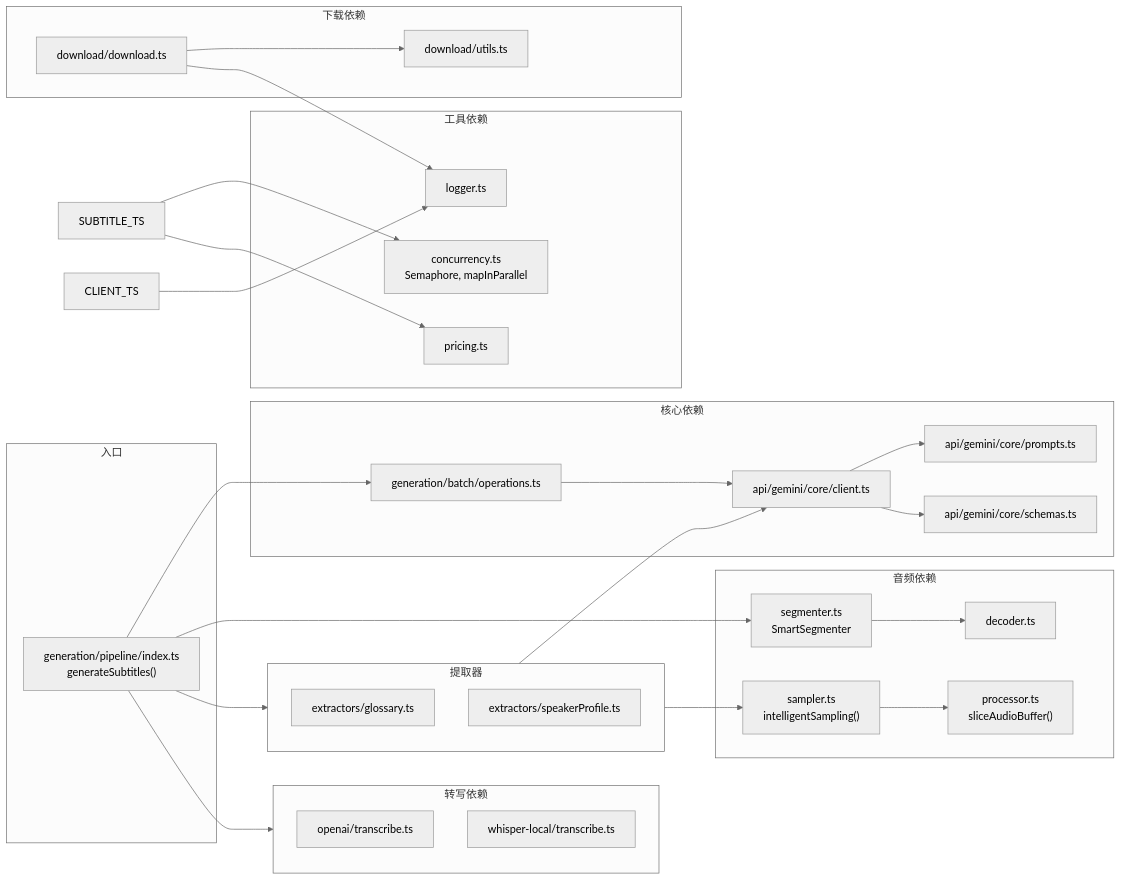
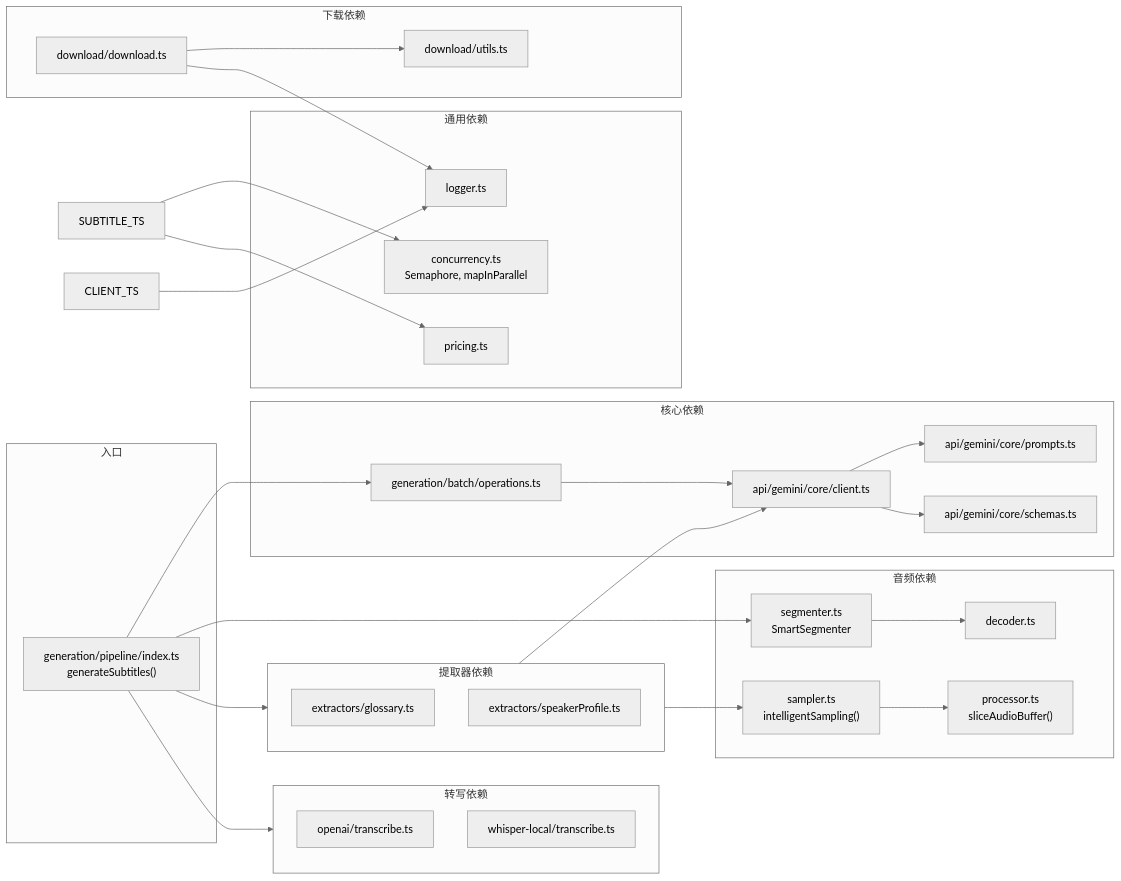
Before and after one commit to corvo007/Gemini-Subtitle-Pro: the third of 15 diagrams in docs/ARCHITECTURE_zh.md, drawn with Mermaid (neutral theme). The commit also changed other lines of this file and 3 other files, not shown here.

First line of the commit message:
docs: update architecture with reconciler and CTC aligner

````diff
--- a/docs/ARCHITECTURE_zh.md
+++ b/docs/ARCHITECTURE_zh.md
@@ -274,62 +282,62 @@
 ```mermaid
 flowchart LR
     subgraph ENTRY["入口"]
         PIPELINE_IDX["generation/pipeline/index.ts<br/>generateSubtitles()"]
     end
 
-    subgraph EXTRACTORS_DEPS["提取器"]
+    subgraph EXTRACTORS_DEPS["提取器依赖"]
         GLOSSARY_EXT["extractors/glossary.ts"]
         SPEAKER_EXT["extractors/speakerProfile.ts"]
     end
 
     subgraph CORE_DEPS["核心依赖"]
         BATCH_OPS["generation/batch/operations.ts"]
         GEMINI_CLIENT["api/gemini/core/client.ts"]
         PROMPTS_TS["api/gemini/core/prompts.ts"]
         SCHEMAS_TS["api/gemini/core/schemas.ts"]
     end
 
     subgraph AUDIO_DEPS["音频依赖"]
         SEGMENTER_TS["segmenter.ts<br/>SmartSegmenter"]
         SAMPLER_TS["sampler.ts<br/>intelligentSampling()"]
         DECODER_TS["decoder.ts"]
         PROCESSOR_TS["processor.ts<br/>sliceAudioBuffer()"]
     end
 
     subgraph TRANSCRIBE_DEPS["转写依赖"]
         OPENAI_TRANSCRIBE["openai/transcribe.ts"]
         LOCAL_TRANSCRIBE["whisper-local/transcribe.ts"]
     end
 
-    subgraph UTIL_DEPS["工具依赖"]
+    subgraph UTIL_DEPS["通用依赖"]
         CONCURRENCY_TS["concurrency.ts<br/>Semaphore, mapInParallel"]
         LOGGER_TS["logger.ts"]
         PRICING_TS["pricing.ts"]
     end
 
     subgraph DOWNLOAD_DEPS["下载依赖"]
         DOWNLOAD_TS["download/download.ts"]
         DOWNLOAD_UTILS["download/utils.ts"]
     end
 
     DOWNLOAD_TS --> DOWNLOAD_UTILS
     DOWNLOAD_TS --> LOGGER_TS
 
     PIPELINE_IDX --> EXTRACTORS_DEPS
     PIPELINE_IDX --> BATCH_OPS
     PIPELINE_IDX --> SEGMENTER_TS
     PIPELINE_IDX --> TRANSCRIBE_DEPS
 
     EXTRACTORS_DEPS --> GEMINI_CLIENT
     EXTRACTORS_DEPS --> SAMPLER_TS
     BATCH_OPS --> GEMINI_CLIENT
     GEMINI_CLIENT --> PROMPTS_TS
     GEMINI_CLIENT --> SCHEMAS_TS
 
     SEGMENTER_TS --> DECODER_TS
     SAMPLER_TS --> PROCESSOR_TS
 
     SUBTITLE_TS --> CONCURRENCY_TS
     CLIENT_TS --> LOGGER_TS
     SUBTITLE_TS --> PRICING_TS
 ```
````
